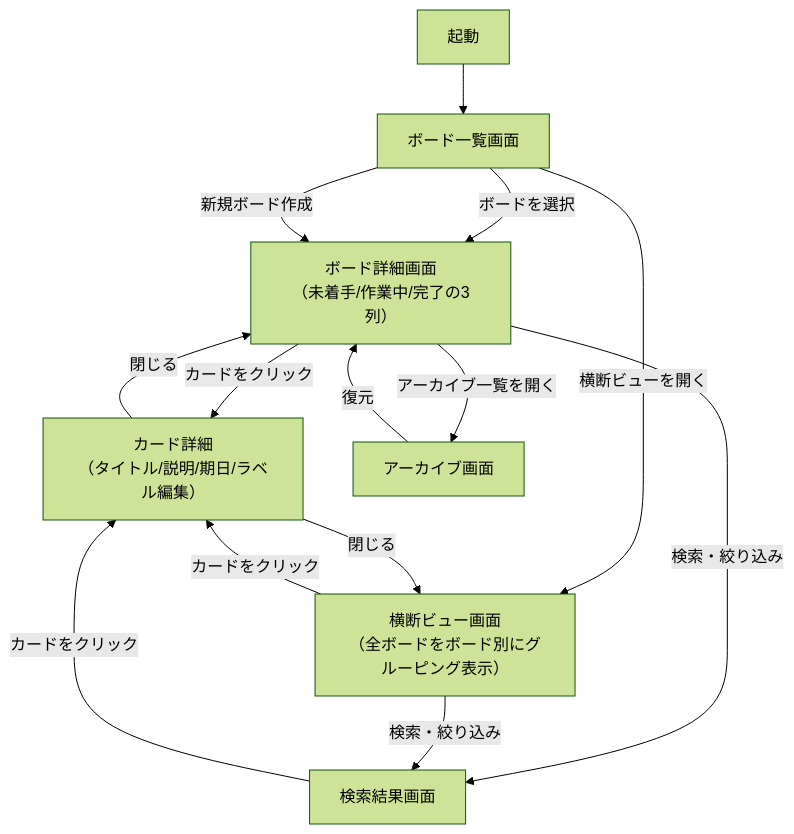
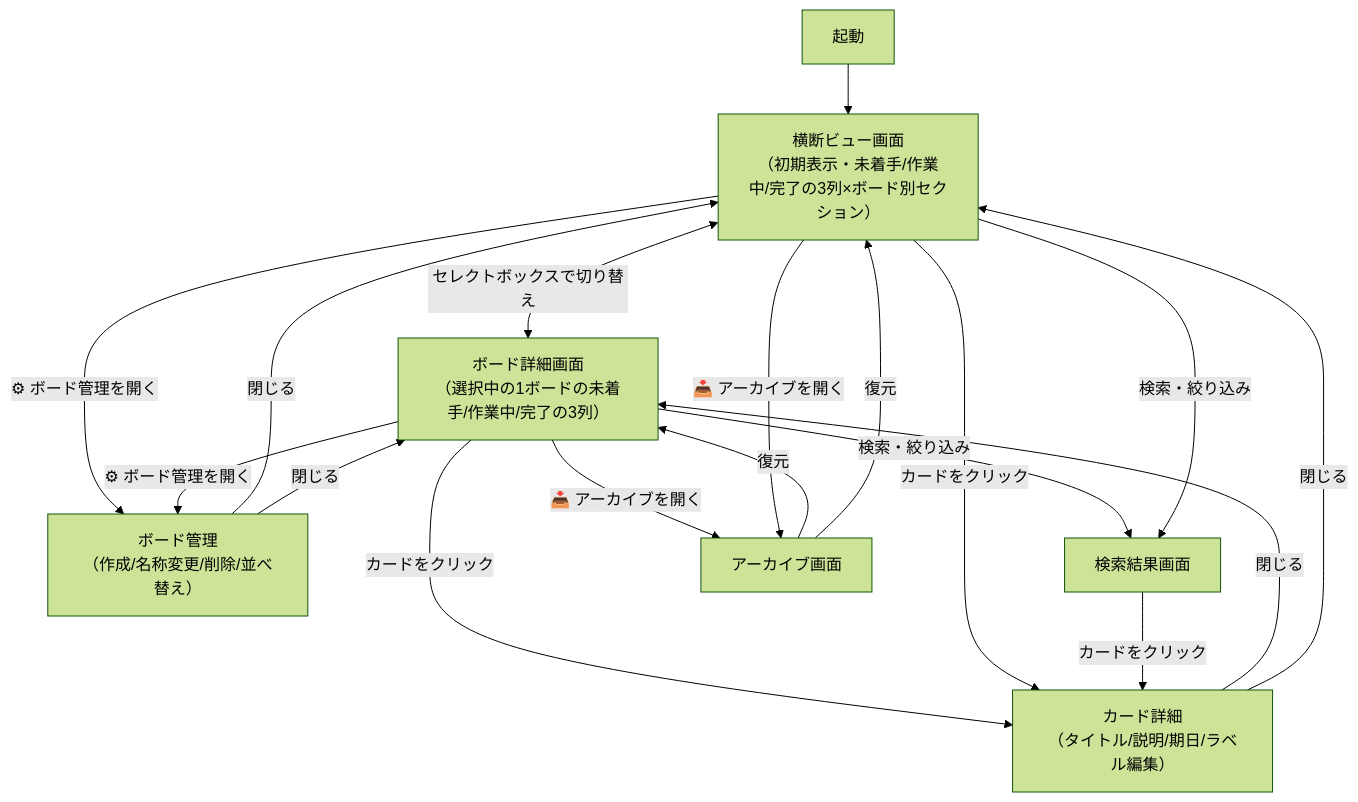
One commit to tk-media-code/raise-tech-task-management changed the first of 2 diagrams in docs/requirements.md. Above: the diagram before and after it, drawn with Mermaid (forest theme). The commit also changed other lines of this file and 1 other file, not shown here.

````diff
--- a/docs/requirements.md
+++ b/docs/requirements.md
@@ -293,20 +471,25 @@
 ```mermaid
 graph TD
-    Start["起動"] --> BoardList["ボード一覧画面"]
+    Start["起動"] --> CrossView["横断ビュー画面<br/>（初期表示・未着手/作業中/完了の3列×ボード別セクション）"]
 
-    BoardList -->|ボードを選択| BoardDetail["ボード詳細画面<br/>（未着手/作業中/完了の3列）"]
-    BoardList -->|横断ビューを開く| CrossView["横断ビュー画面<br/>（全ボードをボード別にグルーピング表示）"]
-    BoardList -->|新規ボード作成| BoardDetail
+    CrossView <-->|セレクトボックスで切り替え| BoardDetail["ボード詳細画面<br/>（選択中の1ボードの未着手/作業中/完了の3列）"]
+
+    CrossView -->|⚙ ボード管理を開く| BoardManage["ボード管理<br/>（作成/名称変更/削除/並べ替え）"]
+    BoardDetail -->|⚙ ボード管理を開く| BoardManage
+    BoardManage -->|閉じる| CrossView
+    BoardManage -->|閉じる| BoardDetail
 
     BoardDetail -->|カードをクリック| CardDetail["カード詳細<br/>（タイトル/説明/期日/ラベル編集）"]
     CrossView -->|カードをクリック| CardDetail
     CardDetail -->|閉じる| BoardDetail
     CardDetail -->|閉じる| CrossView
 
     BoardDetail -->|検索・絞り込み| SearchResult["検索結果画面"]
     CrossView -->|検索・絞り込み| SearchResult
     SearchResult -->|カードをクリック| CardDetail
 
-    BoardDetail -->|アーカイブ一覧を開く| Archive["アーカイブ画面"]
+    BoardDetail -->|📥 アーカイブを開く| Archive["アーカイブ画面"]
+    CrossView -->|📥 アーカイブを開く| Archive
     Archive -->|復元| BoardDetail
+    Archive -->|復元| CrossView
 ```
````
